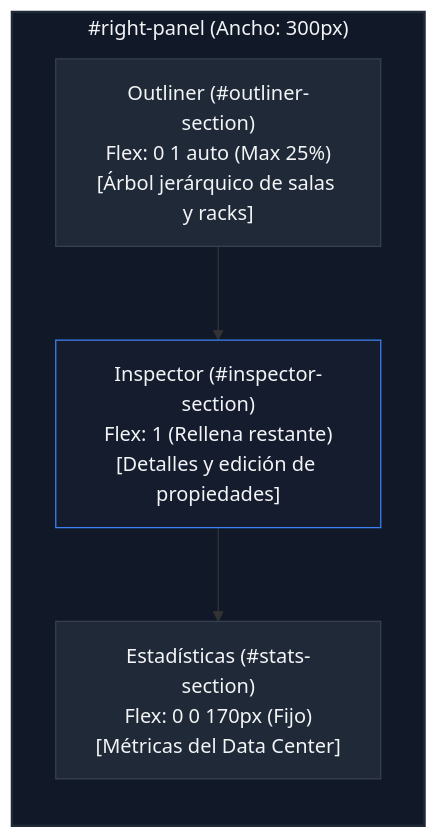
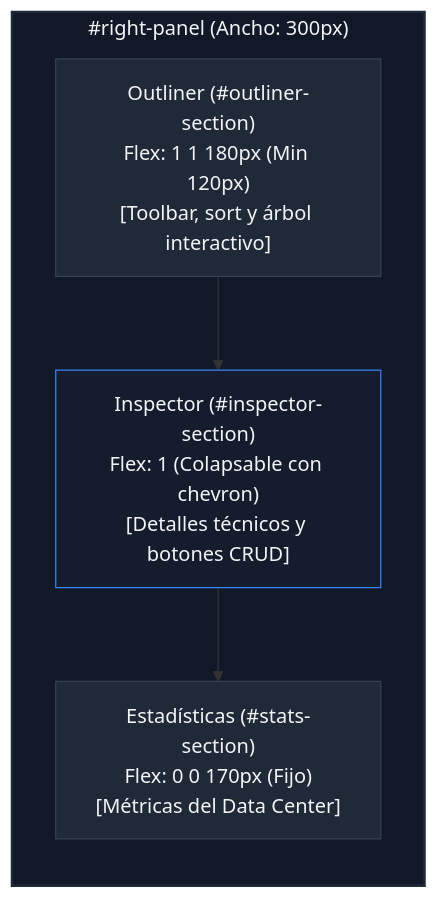
One commit to cnodfcuellar/Rack_Designer_2 changed the diagram in DOC/doc_md/medidas_panel_derecho.md. Above: the diagram before and after it, drawn with Mermaid. The commit also changed other lines of this file and 39 other files, not shown here.

Commit message:
chore: Actualización de roadmap de exportación y nuevos accesorios en catálogo

````diff
--- a/DOC/doc_md/medidas_panel_derecho.md
+++ b/DOC/doc_md/medidas_panel_derecho.md
@@ -92,17 +101,17 @@
 ```mermaid
 graph TD
     subgraph RightPanel ["#right-panel (Ancho: 300px)"]
         direction TB
-        Outliner["Outliner (#outliner-section)<br/>Flex: 0 1 auto (Max 25%)<br/>[Árbol jerárquico de salas y racks]"]
-        Inspector["Inspector (#inspector-section)<br/>Flex: 1 (Rellena restante)<br/>[Detalles y edición de propiedades]"]
+        Outliner["Outliner (#outliner-section)<br/>Flex: 1 1 180px (Min 120px)<br/>[Toolbar, sort y árbol interactivo]"]
+        Inspector["Inspector (#inspector-section)<br/>Flex: 1 (Colapsable con chevron)<br/>[Detalles técnicos y botones CRUD]"]
         Stats["Estadísticas (#stats-section)<br/>Flex: 0 0 170px (Fijo)<br/>[Métricas del Data Center]"]
         
         Outliner --> Inspector
         Inspector --> Stats
     end
 
     style RightPanel fill:#111827,stroke:#1f2937,stroke-width:2px,color:#f3f4f6
     style Outliner fill:#1f2937,stroke:#374151,stroke-width:1px,color:#f3f4f6
     style Inspector fill:#151c2e,stroke:#3b82f6,stroke-width:1px,color:#f3f4f6
     style Stats fill:#1f2937,stroke:#374151,stroke-width:1px,color:#f3f4f6
 ```
````
